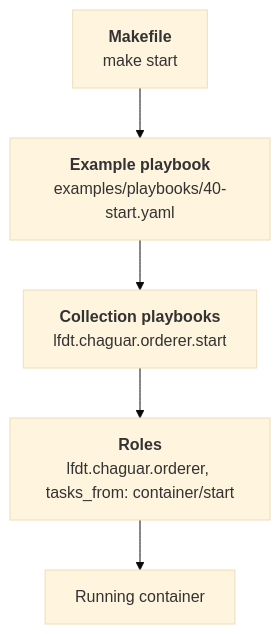
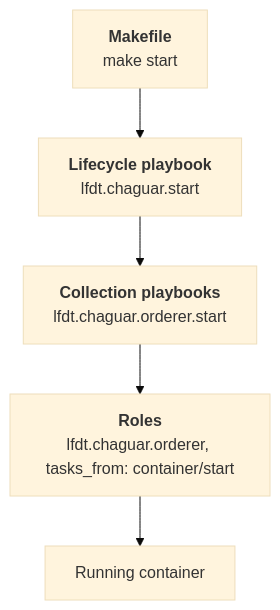
Before and after one commit to Chaguar/ansible-collection: the diagram in docs/tutorial/07-behind-the-scenes.md, drawn with Mermaid (base theme). The commit also changed other lines of this file and 25 other files, not shown here.

Commit message:
Promote lifecycle playbooks to the collection (#434)

````diff
--- a/docs/tutorial/07-behind-the-scenes.md
+++ b/docs/tutorial/07-behind-the-scenes.md
@@ -32,7 +32,7 @@
 ```mermaid
 flowchart TD
-  MK["<b>Makefile</b><br/>make start"] --> EX["<b>Example playbook</b><br/>examples/playbooks/40-start.yaml"]
+  MK["<b>Makefile</b><br/>make start"] --> EX["<b>Lifecycle playbook</b><br/>lfdt.chaguar.start"]
   EX --> CP["<b>Collection playbooks</b><br/>lfdt.chaguar.orderer.start"]
   CP --> RL["<b>Roles</b><br/>lfdt.chaguar.orderer, tasks_from: container/start"]
   RL --> RUN[Running container]
 ```
````
